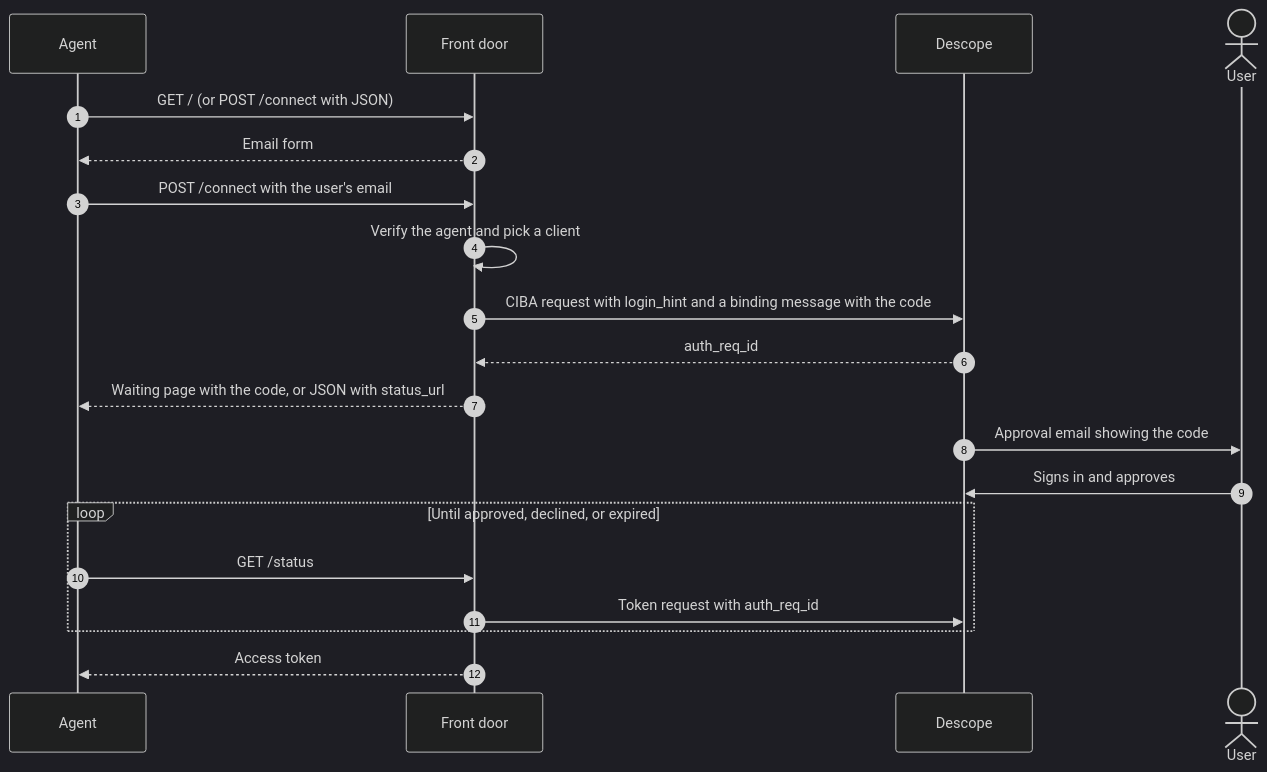
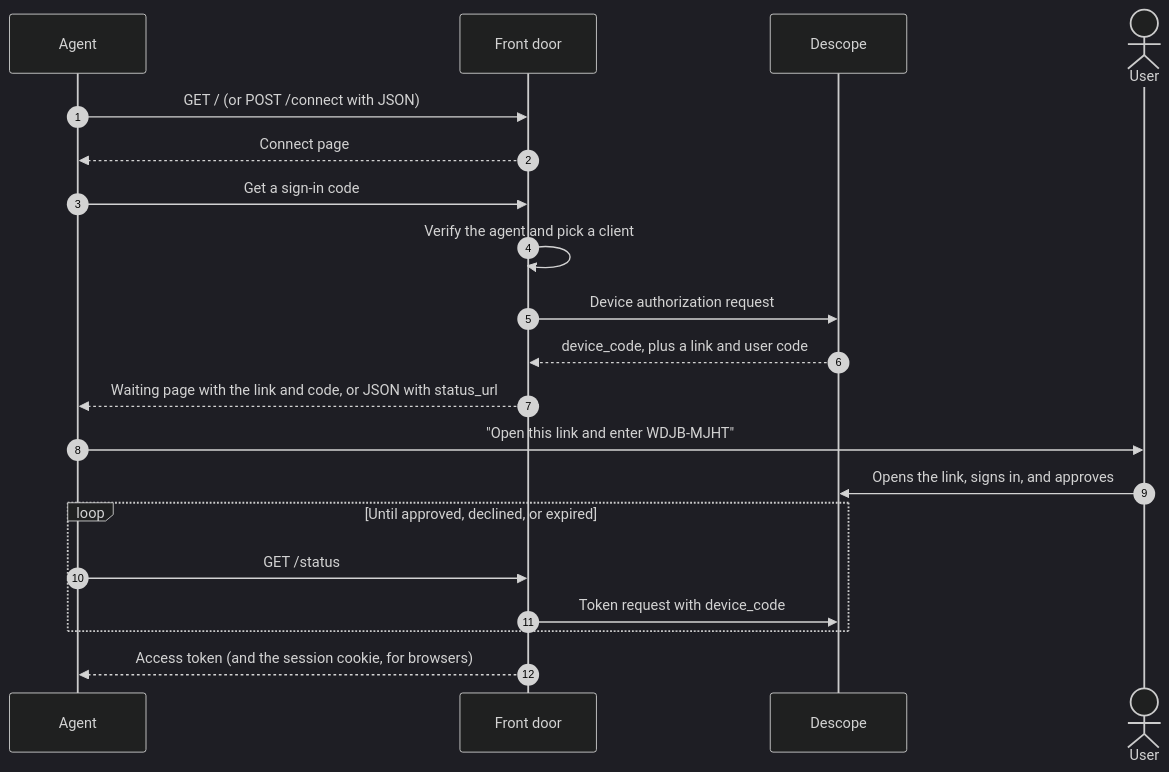
One commit to descope/agent-edge changed the first of 2 diagrams in front-door/README.md. Above: the diagram before and after it, drawn with Mermaid (dark theme). The commit also changed other lines of this file and 8 other files, not shown here.

First line of the commit message:
Connect agents with the device flow, with CIBA as a fallback

````diff
--- a/front-door/README.md
+++ b/front-door/README.md
@@ -38,22 +42,22 @@
 ```mermaid
 sequenceDiagram
   autonumber
   participant A as Agent
   participant F as Front door
   participant D as Descope
   actor U as User
   A->>F: GET / (or POST /connect with JSON)
-  F-->>A: Email form
-  A->>F: POST /connect with the user's email
+  F-->>A: Connect page
+  A->>F: Get a sign-in code
   F->>F: Verify the agent and pick a client
-  F->>D: CIBA request with login_hint and a binding message with the code
-  D-->>F: auth_req_id
-  F-->>A: Waiting page with the code, or JSON with status_url
-  D->>U: Approval email showing the code
-  U->>D: Signs in and approves
+  F->>D: Device authorization request
+  D-->>F: device_code, plus a link and user code
+  F-->>A: Waiting page with the link and code, or JSON with status_url
+  A->>U: "Open this link and enter WDJB-MJHT"
+  U->>D: Opens the link, signs in, and approves
   loop Until approved, declined, or expired
     A->>F: GET /status
-    F->>D: Token request with auth_req_id
+    F->>D: Token request with device_code
   end
-  F-->>A: Access token
+  F-->>A: Access token (and the session cookie, for browsers)
 ```
````
